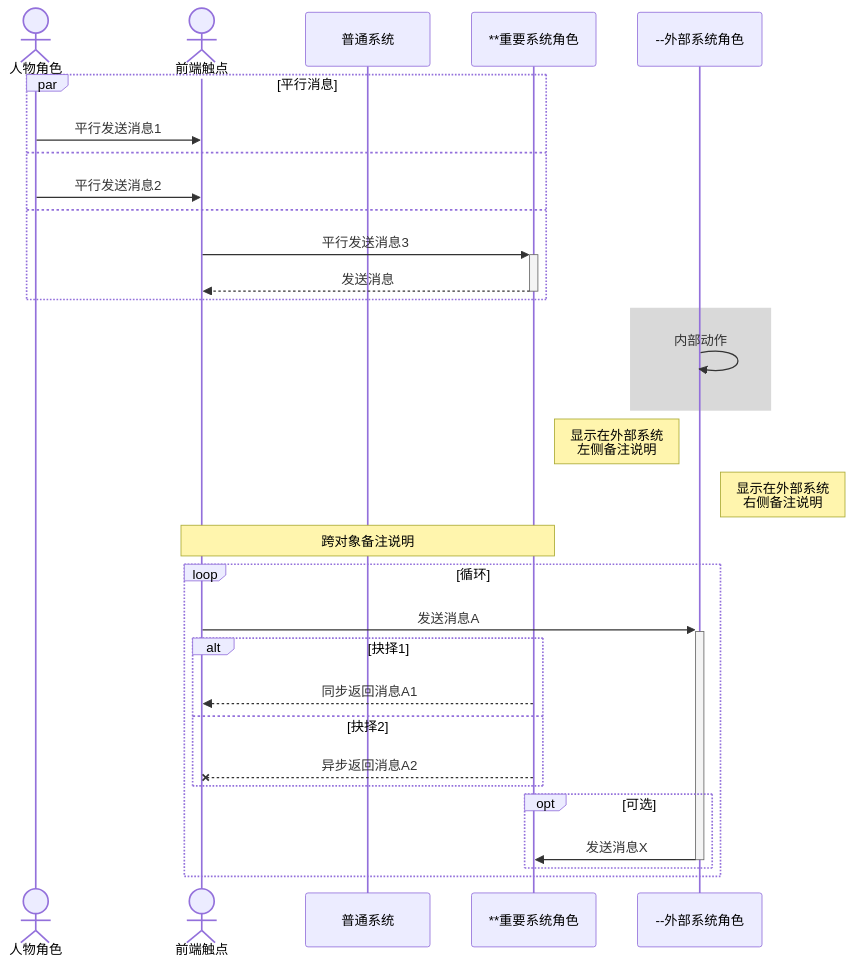
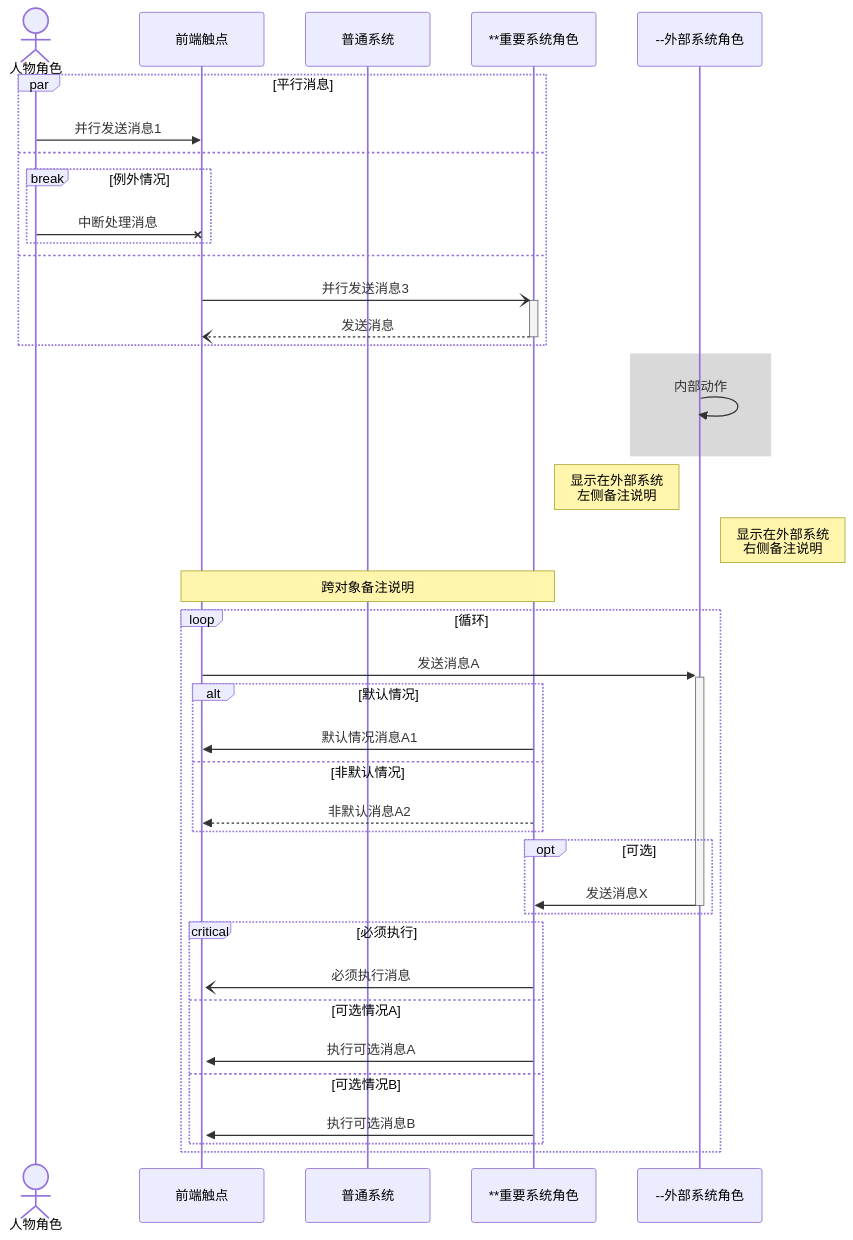
The sixth of 6 diagrams in released/samples/guide2.md (MadMaxChow/VLOOK), drawn with Mermaid before and after one commit. The commit also changed other lines of this file and 273 other files, not shown here.

````diff
--- a/released/samples/guide2.md
+++ b/released/samples/guide2.md
@@ -2307,39 +2320,50 @@
 ```mermaid
 sequenceDiagram
 %% 设置显示消息的自动编号
 
 actor User as 人物角色
-actor Client as 前端触点
+participant Client as 前端触点
 participant MP as 普通系统
 participant Server as **重要系统角色
 participant Extend as --外部系统角色
 
 par 平行消息
-	User ->> Client: 平行发送消息1
+	User ->> Client: 并行发送消息1
 and
-	User ->> Client: 平行发送消息2
+  break 例外情况
+    User -x Client: 中断处理消息
+  end
 and
-  Client ->>+ Server: 平行发送消息3
-  Server -->>- Client: 发送消息
+  Client -)+ Server: 并行发送消息3
+  Server --)- Client: 发送消息
 end
 
 %% 设置区域高亮
 rect rgba(128, 128, 128, 0.3)
 	Extend ->> Extend: 内部动作
 end
 
 Note left of Extend: 显示在外部系统<br>左侧备注说明
 Note right of Extend: 显示在外部系统<br>右侧备注说明
 Note over Client,Server: 跨对象备注说明
 loop 循环
 	Client ->>+ Extend: 发送消息A
-	alt 抉择1
-		Server -->> Client: 同步返回消息A1
-	else 抉择2
-		Server --X Client: 异步返回消息A2
+	alt 默认情况
+		Server ->> Client: 默认情况消息A1
+	else 非默认情况
+		Server -->> Client: 非默认消息A2
 	end
+	
 	opt 可选
 		Extend ->>- Server: 发送消息X
 	end
+	
+	critical 必须执行
+    Server -)+ Client: 必须执行消息
+  option 可选情况A
+    Server ->> Client: 执行可选消息A
+  option 可选情况B
+    Server ->> Client: 执行可选消息B
+  end
 end
 ```
````
